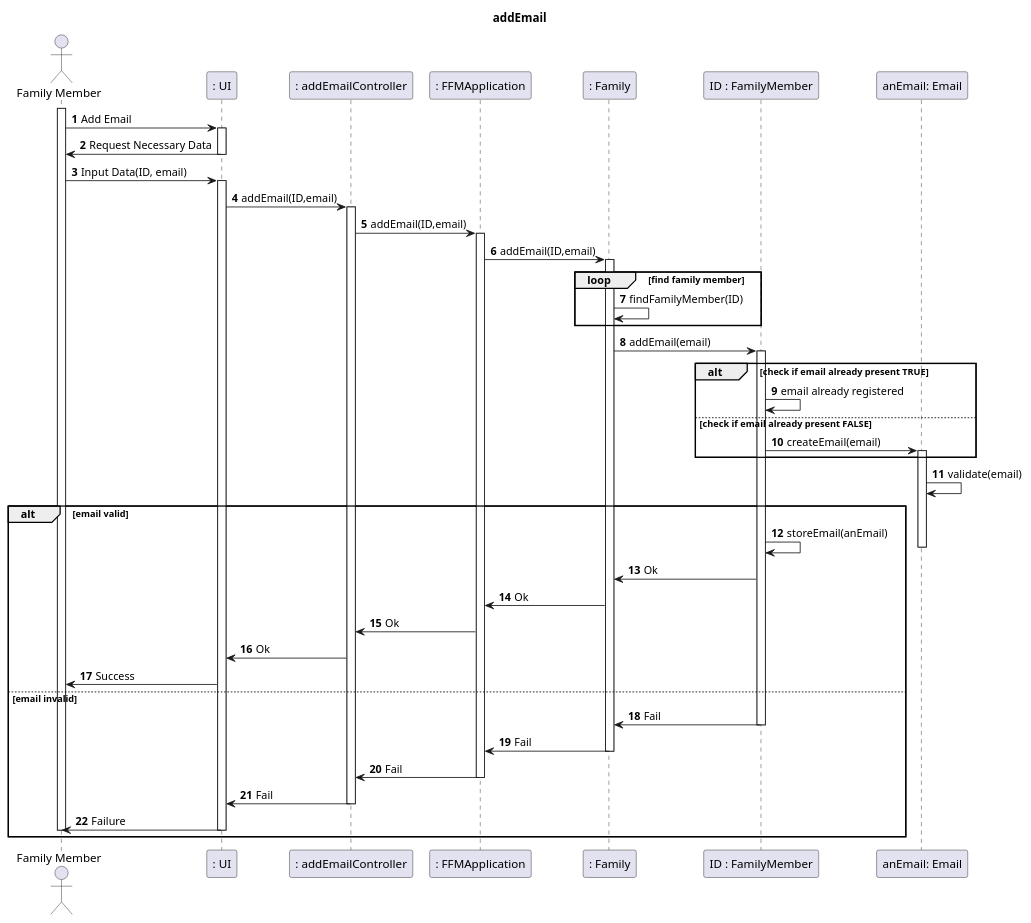
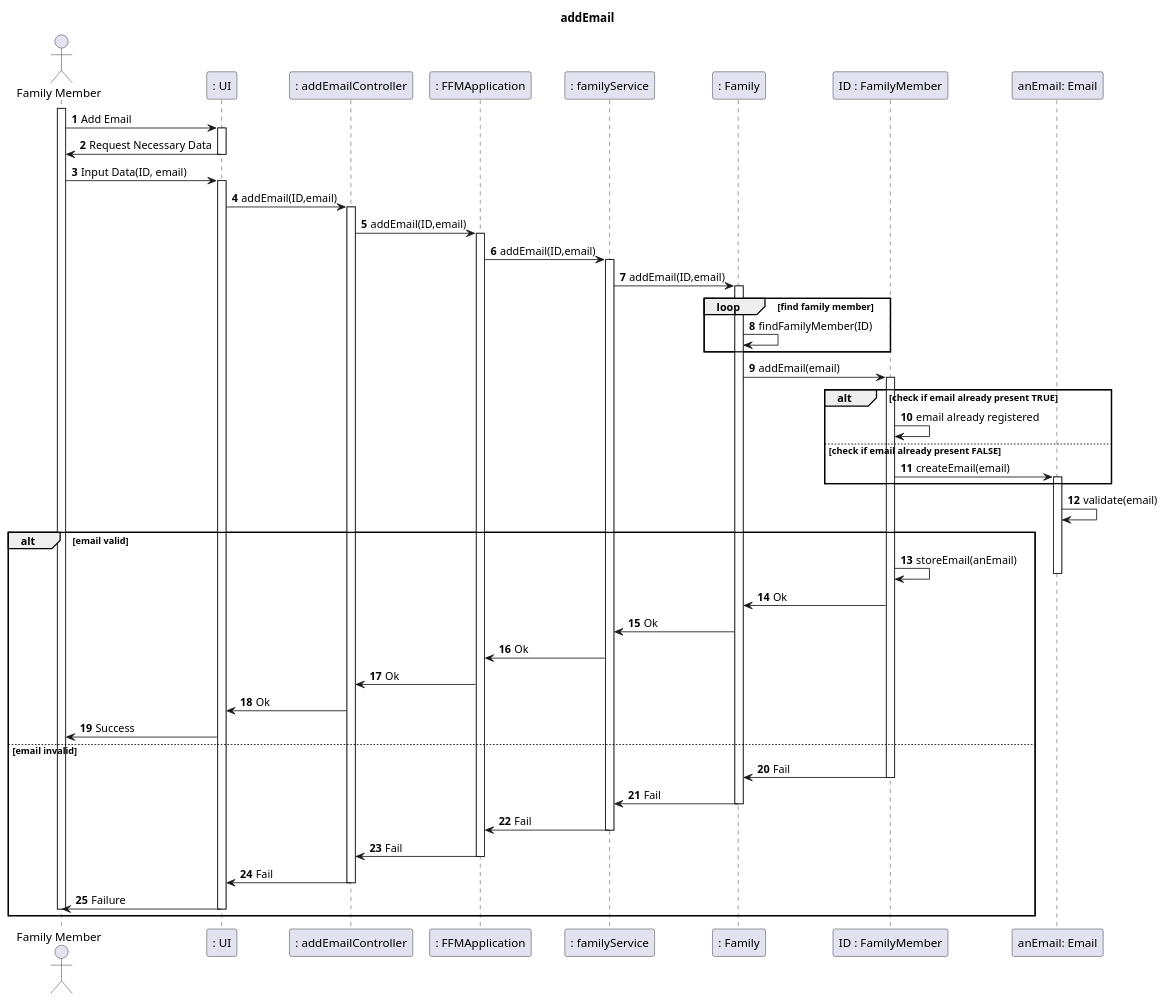
Before and after one commit to tomas-osswald/switch_2020_g3: the diagram in docs/US151 AddEmail.md, drawn with PlantUML.

Commit message:
Changed Sequence diagram to reflect the additon of the FamilyService layer

`````diff
--- a/docs/US151 AddEmail.md
+++ b/docs/US151 AddEmail.md
@@ -31,68 +31,74 @@
 ````puml
 @startuml
 autonumber
 title addEmail
 actor "Family Member" as actor
 participant ": UI" as UI
 participant ": addEmailController" as controller
 participant ": FFMApplication" as application
+participant ": familyService" as service
 participant ": Family" as family
 participant "ID : FamilyMember" as familym
 participant "anEmail: Email" as email
 
 activate actor
 actor -> UI: Add Email
 activate UI
 UI -> actor: Request Necessary Data
 deactivate UI
 actor -> UI: Input Data(ID, email)
 activate UI
 UI -> controller: addEmail(ID,email)
 activate controller
 controller -> application: addEmail(ID,email)
 activate application
-application -> family: addEmail(ID,email)
+application -> service: addEmail(ID,email)
+activate service
+service -> family: addEmail(ID,email)
 activate family
 loop find family member
     family -> family: findFamilyMember(ID)
     end
 family -> familym: addEmail(email)
 activate familym
 
 alt check if email already present TRUE
 
     familym -> familym: email already registered
 
 else check if email already present FALSE
     familym -> email: createEmail(email)
     activate email
     end
 
 email -> email: validate(email)
 
 alt email valid
     
     familym -> familym: storeEmail(anEmail)
     deactivate email
     familym -> family: Ok
-    family -> application: Ok
+    family -> service: Ok
+    service -> application: Ok
     application -> controller: Ok
     controller -> UI: Ok
     UI -> actor: Success
 
 else email invalid
     
     familym -> family: Fail
     deactivate familym
-    family -> application: Fail
+    family -> service: Fail
     deactivate family
+    service -> application: Fail
+    deactivate service
     application -> controller: Fail
     deactivate application
     controller -> UI: Fail
     deactivate controller
     UI -> actor: Failure
     deactivate UI
     deactivate actor
     end
 @enduml
 ````
`````
